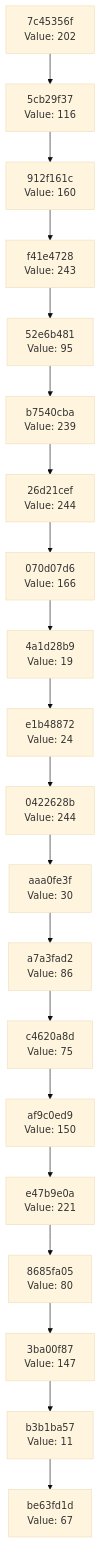
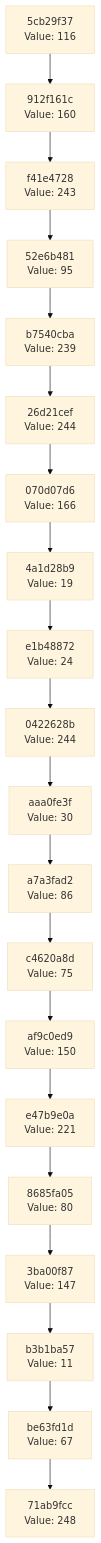
Before and after one commit to Abhisheksinha1506/hash-chain-evolver: the diagram in docs/CHAIN_VISUALIZATION.md, drawn with Mermaid (base theme). The commit also changed 3 other files, not shown here.

````diff
--- a/docs/CHAIN_VISUALIZATION.md
+++ b/docs/CHAIN_VISUALIZATION.md
@@ -3,42 +3,42 @@
 ```mermaid
 graph TD
-    C0["be63fd1d<br/>Value: 67"]
-    C1["b3b1ba57<br/>Value: 11"]
+    C0["71ab9fcc<br/>Value: 248"]
+    C1["be63fd1d<br/>Value: 67"]
     C1 --> C0
-    C2["3ba00f87<br/>Value: 147"]
+    C2["b3b1ba57<br/>Value: 11"]
     C2 --> C1
-    C3["8685fa05<br/>Value: 80"]
+    C3["3ba00f87<br/>Value: 147"]
     C3 --> C2
-    C4["e47b9e0a<br/>Value: 221"]
+    C4["8685fa05<br/>Value: 80"]
     C4 --> C3
-    C5["af9c0ed9<br/>Value: 150"]
+    C5["e47b9e0a<br/>Value: 221"]
     C5 --> C4
-    C6["c4620a8d<br/>Value: 75"]
+    C6["af9c0ed9<br/>Value: 150"]
     C6 --> C5
-    C7["a7a3fad2<br/>Value: 86"]
+    C7["c4620a8d<br/>Value: 75"]
     C7 --> C6
-    C8["aaa0fe3f<br/>Value: 30"]
+    C8["a7a3fad2<br/>Value: 86"]
     C8 --> C7
-    C9["0422628b<br/>Value: 244"]
+    C9["aaa0fe3f<br/>Value: 30"]
     C9 --> C8
-    C10["e1b48872<br/>Value: 24"]
+    C10["0422628b<br/>Value: 244"]
     C10 --> C9
-    C11["4a1d28b9<br/>Value: 19"]
+    C11["e1b48872<br/>Value: 24"]
     C11 --> C10
-    C12["070d07d6<br/>Value: 166"]
+    C12["4a1d28b9<br/>Value: 19"]
     C12 --> C11
-    C13["26d21cef<br/>Value: 244"]
+    C13["070d07d6<br/>Value: 166"]
     C13 --> C12
-    C14["b7540cba<br/>Value: 239"]
+    C14["26d21cef<br/>Value: 244"]
     C14 --> C13
-    C15["52e6b481<br/>Value: 95"]
+    C15["b7540cba<br/>Value: 239"]
     C15 --> C14
-    C16["f41e4728<br/>Value: 243"]
+    C16["52e6b481<br/>Value: 95"]
     C16 --> C15
-    C17["912f161c<br/>Value: 160"]
+    C17["f41e4728<br/>Value: 243"]
     C17 --> C16
-    C18["5cb29f37<br/>Value: 116"]
+    C18["912f161c<br/>Value: 160"]
     C18 --> C17
-    C19["7c45356f<br/>Value: 202"]
+    C19["5cb29f37<br/>Value: 116"]
     C19 --> C18
 ```
````
